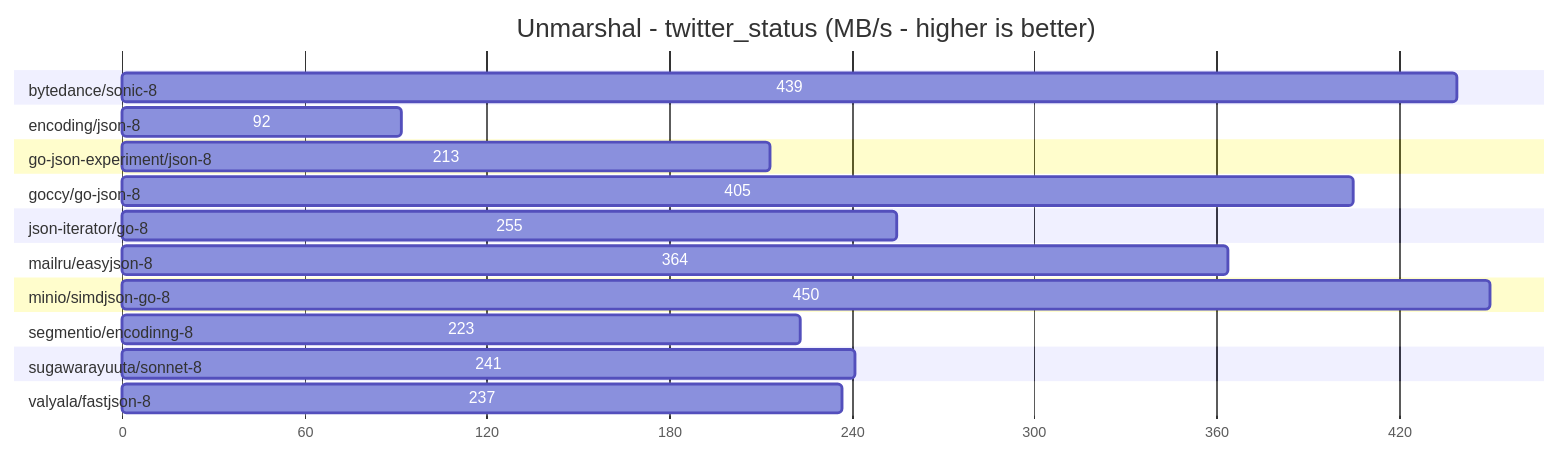
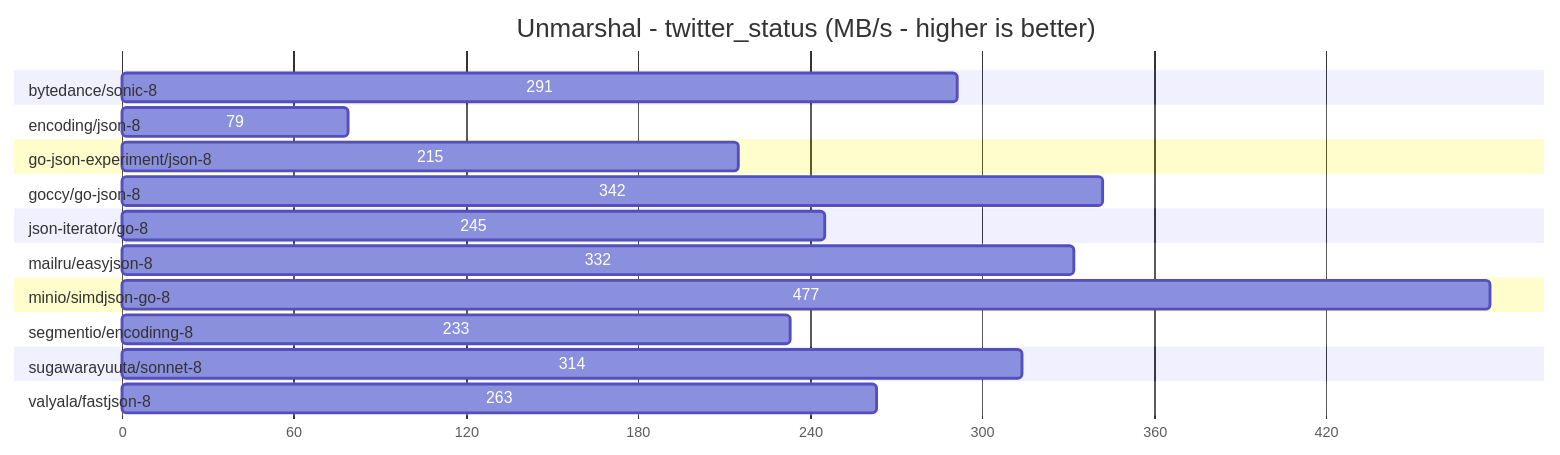
Diagram 12 of 12 in README.md (spywiree-priv/go-json-benchmark), drawn with Mermaid before and after one commit. The commit also changed other lines of this file and 2 other files, not shown here.

````diff
--- a/README.md
+++ b/README.md
@@ -297,27 +297,27 @@
 ```mermaid
 gantt
 title Unmarshal - twitter_status (MB/s - higher is better)
 dateFormat X
 axisFormat %s
 
 section bytedance/sonic-8                
-439 :0, 439
+291 :0, 291
 section encoding/json-8                  
-92 :0, 92
+79 :0, 79
 section go-json-experiment/json-8        
-213 :0, 213
+215 :0, 215
 section goccy/go-json-8                  
-405 :0, 405
+342 :0, 342
 section json-iterator/go-8               
-255 :0, 255
+245 :0, 245
 section mailru/easyjson-8                
-364 :0, 364
+332 :0, 332
 section minio/simdjson-go-8              
-450 :0, 450
+477 :0, 477
 section segmentio/encodinng-8            
-223 :0, 223
+233 :0, 233
 section sugawarayuuta/sonnet-8           
-241 :0, 241
+314 :0, 314
 section valyala/fastjson-8               
-237 :0, 237
+263 :0, 263
 ```
````
